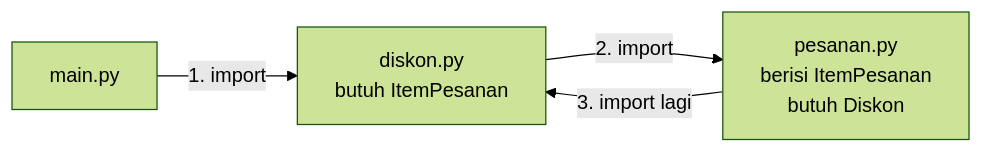
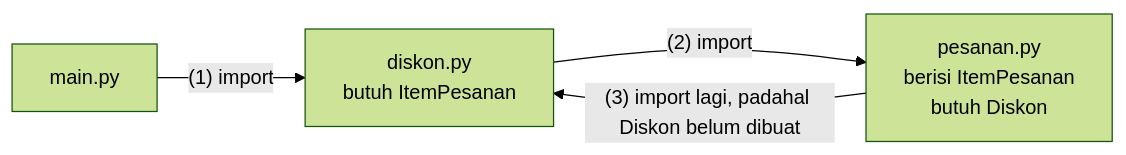
Before and after one commit to antonprafanto/PBO2026: the first of 2 diagrams in Pertemuan-13-Prinsip-SOLID/python/README.md, drawn with Mermaid (forest theme). The commit also changed other lines of this file and 291 other files, not shown here.

````diff
--- a/Pertemuan-13-Prinsip-SOLID/python/README.md
+++ b/Pertemuan-13-Prinsip-SOLID/python/README.md
@@ -835,6 +964,6 @@
 ```mermaid
 flowchart LR
-    M["main.py"] -->|1. import| D["diskon.py<br/>butuh ItemPesanan"]
-    D -->|2. import| P["pesanan.py<br/>berisi ItemPesanan<br/>butuh Diskon"]
-    P -->|3. import lagi| D
+    M["main.py"] -->|"(1) import"| D["diskon.py<br/>butuh ItemPesanan"]
+    D -->|"(2) import"| P["pesanan.py<br/>berisi ItemPesanan<br/>butuh Diskon"]
+    P -->|"(3) import lagi, padahal Diskon belum dibuat"| D
 ```
````
